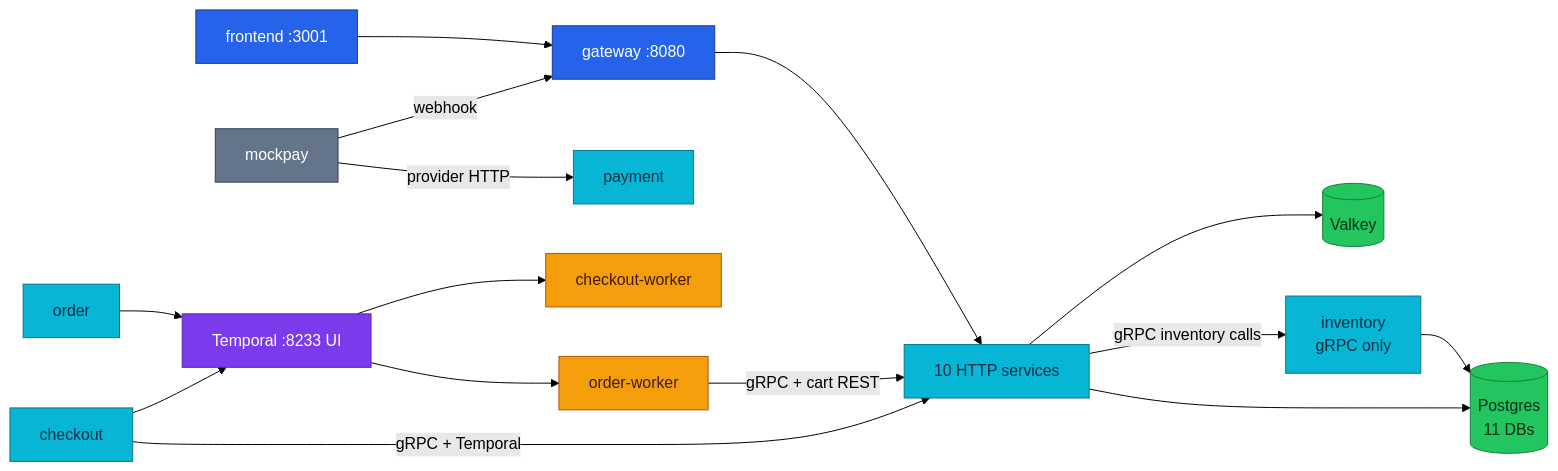
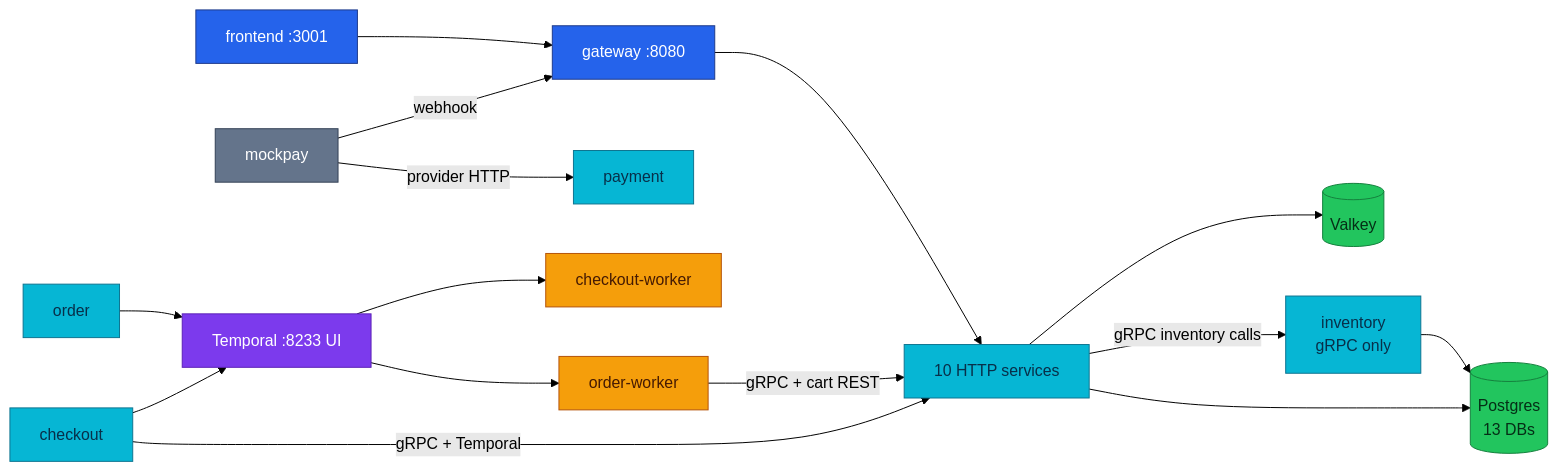
The diagram in docs/api/microservices.md (duynhlab/homelab), drawn with Mermaid (forest theme) before and after one commit. The commit also changed other lines of this file and 1 other file, not shown here.

````diff
--- a/docs/api/microservices.md
+++ b/docs/api/microservices.md
@@ -45,30 +47,30 @@
 ```mermaid
 flowchart LR
     SPA["frontend :3001"] --> Kong["gateway :8080"]
     Kong --> SVC["10 HTTP services"]
     MP["mockpay"] -->|"provider HTTP"| PAY["payment"]
     MP -->|"webhook"| Kong
-    SVC --> PG[("Postgres<br/>11 DBs")]
+    SVC --> PG[("Postgres<br/>13 DBs")]
     SVC -->|"gRPC inventory calls"| INV["inventory<br/>gRPC only"]
     INV --> PG
     SVC --> VALKEY[("Valkey")]
     CK["checkout"] -->|"gRPC + Temporal"| SVC
     ORD["order"] --> TMP["Temporal :8233 UI"]
     CK --> TMP
     TMP --> OW["order-worker"]
     TMP --> CW["checkout-worker"]
     OW -->|"gRPC + cart REST"| SVC
 
     classDef edge fill:#2563eb,color:#fff,stroke:#1e3a8a;
     classDef service fill:#06b6d4,color:#082f49,stroke:#0e7490;
     classDef worker fill:#f59e0b,color:#451a03,stroke:#b45309;
     classDef platform fill:#7c3aed,color:#fff,stroke:#5b21b6;
     classDef data fill:#22c55e,color:#052e16,stroke:#15803d;
     classDef external fill:#64748b,color:#fff,stroke:#334155;
     class SPA,Kong edge;
     class SVC,INV,PAY,CK,ORD service;
     class OW,CW worker;
     class TMP platform;
     class PG,VALKEY data;
     class MP external;
 ```
````
